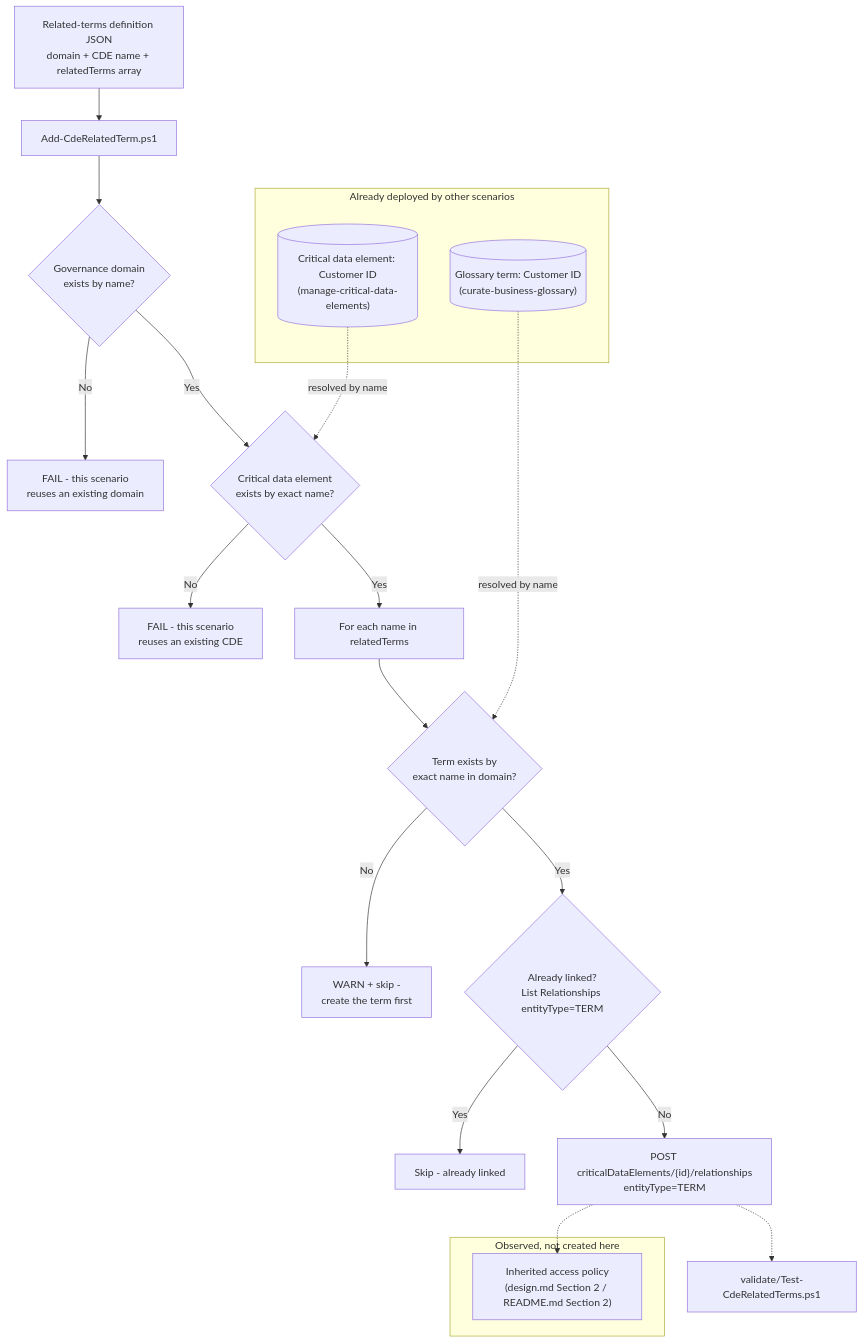
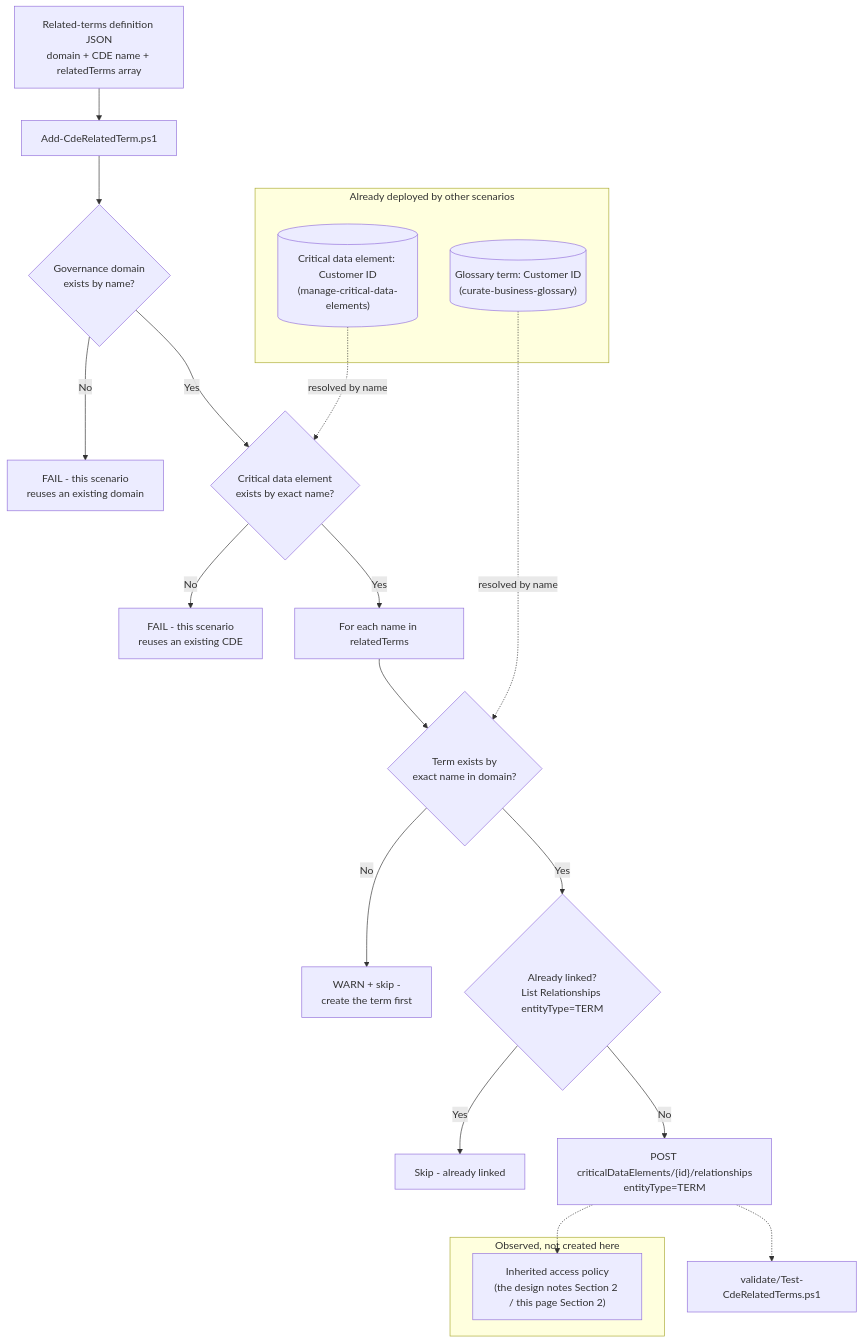
The diagram in src/content/scenarios/unified-catalog/manage-critical-data-elements-related-terms.md (kpsec1/kpsec1.github.io), drawn with Mermaid before and after one commit. The commit also changed 269 other files, not shown here.

````diff
--- a/src/content/scenarios/unified-catalog/manage-critical-data-elements-related-terms.md
+++ b/src/content/scenarios/unified-catalog/manage-critical-data-elements-related-terms.md
@@ -61,27 +61,27 @@
 ```mermaid
 flowchart TD
     A[Related-terms definition JSON<br/>domain + CDE name + relatedTerms array] --> B[Add-CdeRelatedTerm.ps1]
     B --> C{Governance domain<br/>exists by name?}
     C -- No --> X1[FAIL - this scenario<br/>reuses an existing domain]
     C -- Yes --> D{Critical data element<br/>exists by exact name?}
     D -- No --> X2[FAIL - this scenario<br/>reuses an existing CDE]
     D -- Yes --> E[For each name in relatedTerms]
     E --> F{Term exists by<br/>exact name in domain?}
     F -- No --> G[WARN + skip -<br/>create the term first]
     F -- Yes --> H{Already linked?<br/>List Relationships entityType=TERM}
     H -- Yes --> I[Skip - already linked]
     H -- No --> J["POST criticalDataElements/{id}/relationships<br/>entityType=TERM"]
 
     subgraph Upstream["Already deployed by other scenarios"]
         CDE[("Critical data element: Customer ID<br/>(manage-critical-data-elements)")]
         TERM[("Glossary term: Customer ID<br/>(curate-business-glossary)")]
     end
     CDE -.->|resolved by name| D
     TERM -.->|resolved by name| F
 
     subgraph Downstream["Observed, not created here"]
-        POL["Inherited access policy<br/>(design.md Section 2 / README.md Section 2)"]
+        POL["Inherited access policy<br/>(the design notes Section 2 / this page Section 2)"]
     end
     J -.-> POL
     J -.-> V[validate/Test-CdeRelatedTerms.ps1]
 ```
````
